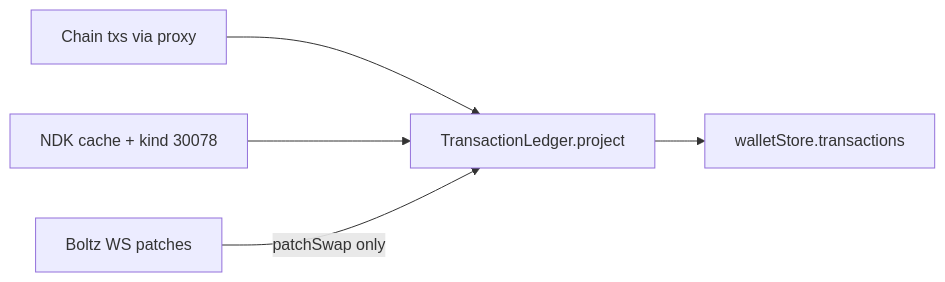
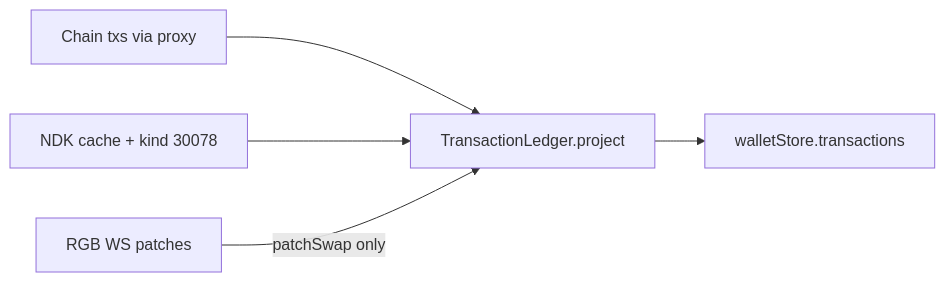
Before and after one commit to jonbyrn/BitTasker-mirror: the second of 3 diagrams in docs/wallet/transaction-history-architecture-plan.md, drawn with Mermaid. The commit also changed other lines of this file and 269 other files, not shown here.

````diff
--- a/docs/wallet/transaction-history-architecture-plan.md
+++ b/docs/wallet/transaction-history-architecture-plan.md
@@ -207,13 +207,13 @@
 ```mermaid
 flowchart LR
     CH[Chain txs via proxy]
     NDK[NDK cache + kind 30078]
-    WS[Boltz WS patches]
+    WS[RGB WS patches]
     PR[TransactionLedger.project]
     OUT[walletStore.transactions]
 
     CH --> PR
     NDK --> PR
     WS -->|patchSwap only| PR
     PR --> OUT
 ```
````
